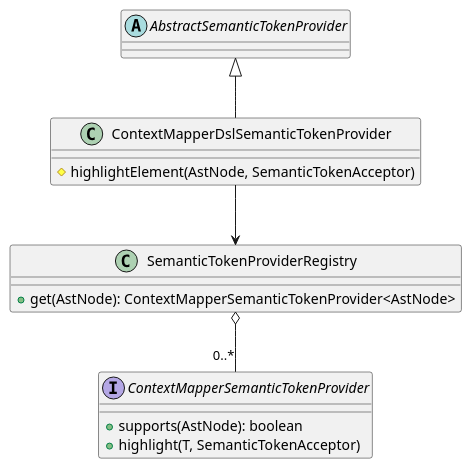
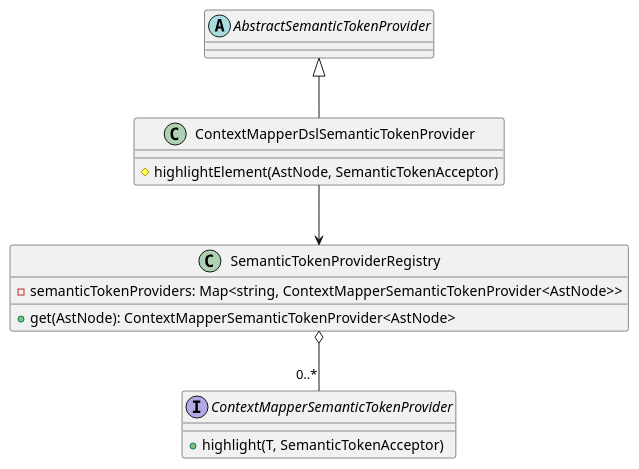
The diagram in docs/class_semantic_tokens.puml (ContextMapper/context-mapper-language-server), drawn with PlantUML before and after one commit.

Commit message:
update semantic token class diagram

```diff
--- a/docs/class_semantic_tokens.puml
+++ b/docs/class_semantic_tokens.puml
@@ -1,20 +1,20 @@
 @startuml
 abstract class AbstractSemanticTokenProvider
 
 class ContextMapperDslSemanticTokenProvider {
 # highlightElement(AstNode, SemanticTokenAcceptor)
 }
 
 class SemanticTokenProviderRegistry {
+- semanticTokenProviders: Map<string, ContextMapperSemanticTokenProvider<AstNode>>
 + get(AstNode): ContextMapperSemanticTokenProvider<AstNode>
 }
 
 interface ContextMapperSemanticTokenProvider {
-+ supports(AstNode): boolean
 + highlight(T, SemanticTokenAcceptor)
 }
 
 AbstractSemanticTokenProvider <|-- ContextMapperDslSemanticTokenProvider
 ContextMapperDslSemanticTokenProvider --> SemanticTokenProviderRegistry
 SemanticTokenProviderRegistry o-- "0..*" ContextMapperSemanticTokenProvider
 @enduml
```
